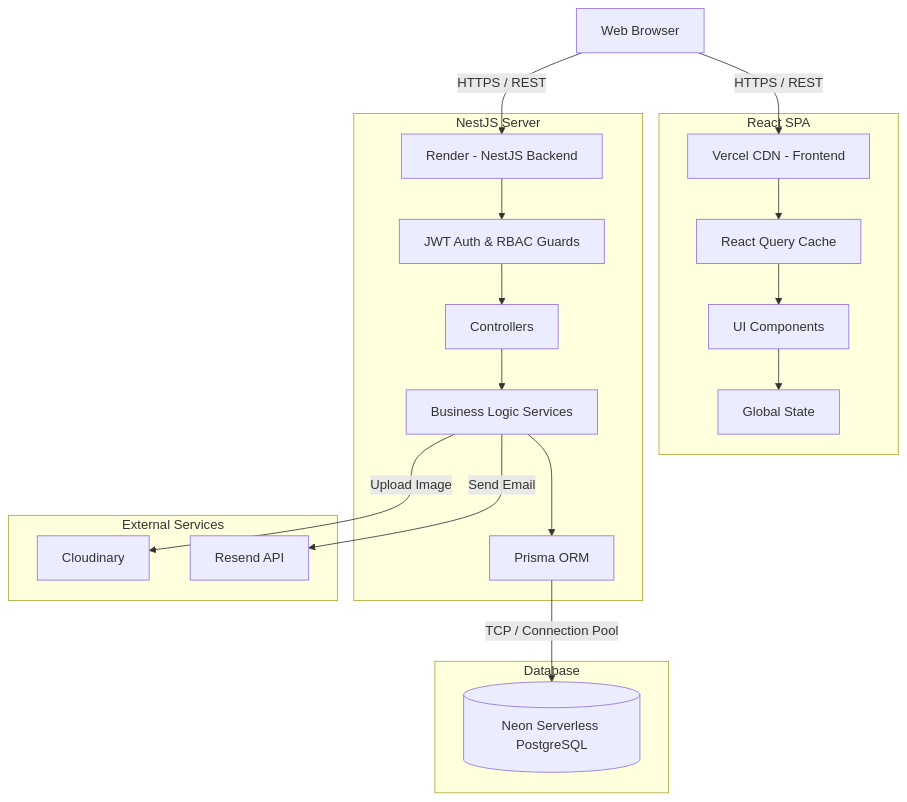
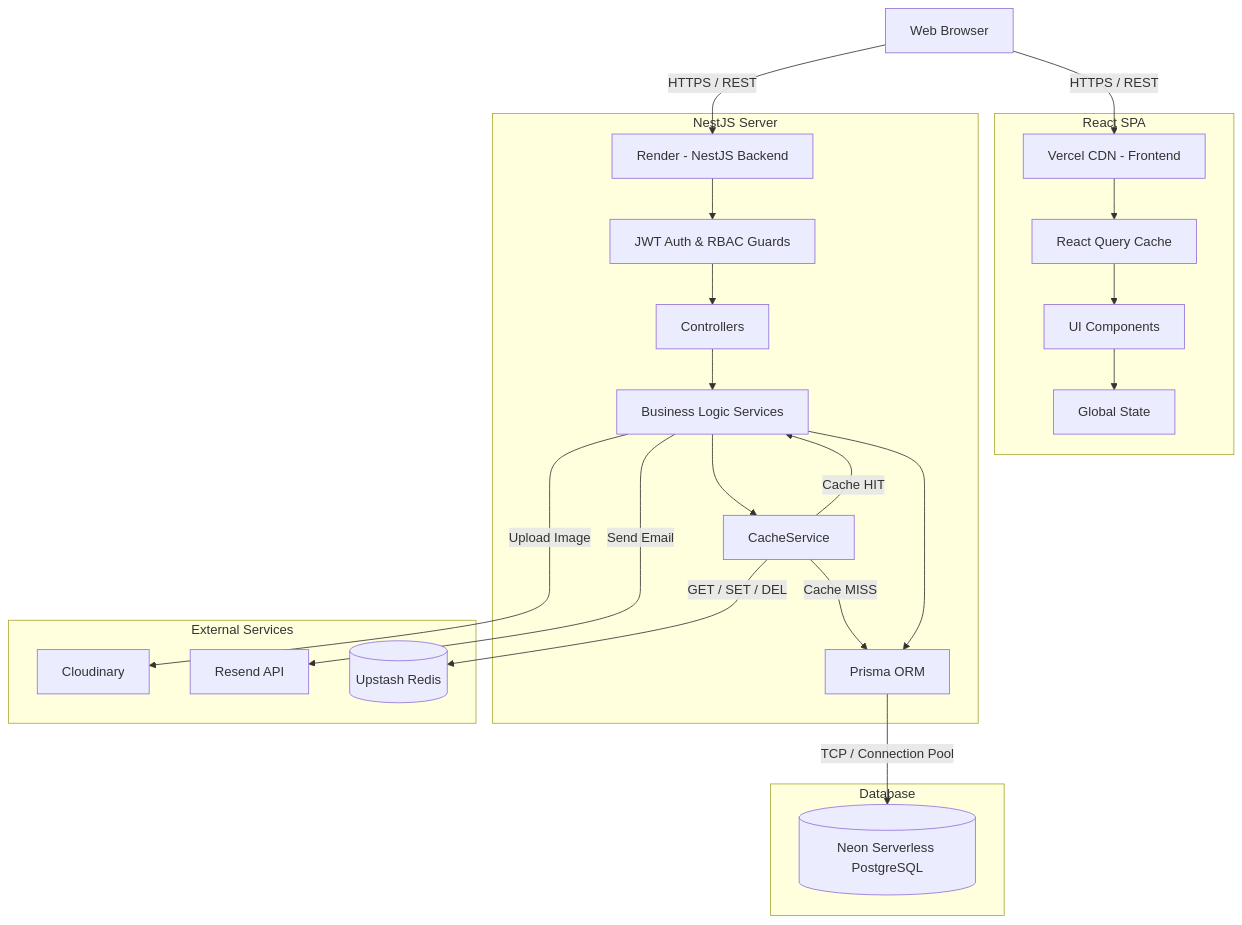
The first of 4 diagrams in README.md (DatPHP/crm-system-2026), drawn with Mermaid before and after one commit. The commit also changed other lines of this file, not shown here.

````diff
--- a/README.md
+++ b/README.md
@@ -81,27 +82,31 @@
 ```mermaid
 graph TD
     Client[Web Browser] -->|HTTPS / REST| CDN[Vercel CDN - Frontend]
     Client -->|HTTPS / REST| API[Render - NestJS Backend]
 
     subgraph Frontend [React SPA]
         CDN --> ReactQuery[React Query Cache]
         ReactQuery --> Components[UI Components]
         Components --> Zustand[Global State]
     end
 
     subgraph Backend [NestJS Server]
         API --> Guards[JWT Auth & RBAC Guards]
         Guards --> Controllers[Controllers]
         Controllers --> Services[Business Logic Services]
-        Services --> Prisma[Prisma ORM]
+        Services --> Cache[CacheService]
+        Cache -->|Cache HIT| Services
+        Cache -->|Cache MISS| Prisma[Prisma ORM]
+        Services --> Prisma
     end
 
     subgraph External Services
         Services -->|Upload Image| Cloudinary[Cloudinary]
         Services -->|Send Email| Resend[Resend API]
+        Cache -->|GET / SET / DEL| Redis[(Upstash Redis)]
     end
 
     subgraph Database
         Prisma -->|TCP / Connection Pool| DB[(Neon Serverless PostgreSQL)]
     end
 ```
````
